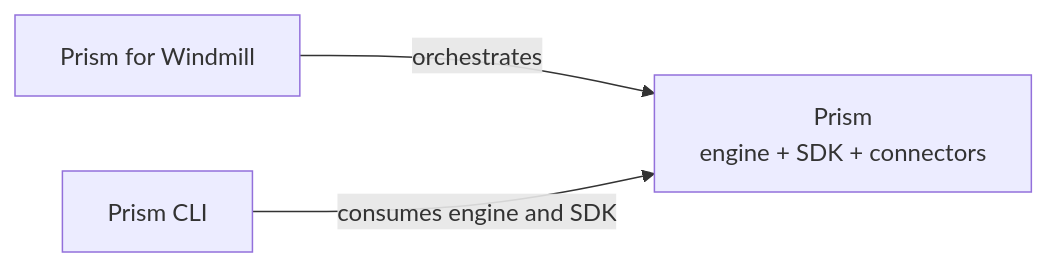
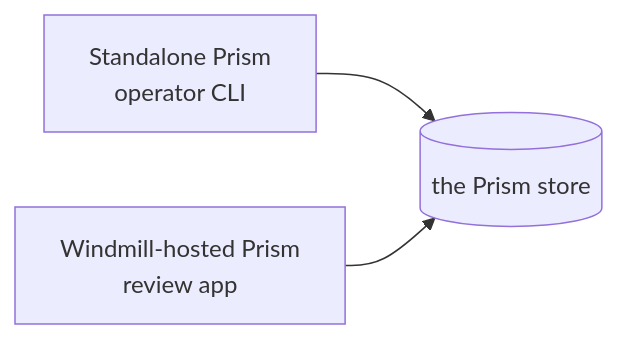
Before and after one commit to corvisrob/corvis-sightline-whitepapers: the second of 2 diagrams in docs/prism/architecture/_overview.md, drawn with Mermaid. The commit also changed other lines of this file and 26 other files, not shown here.

````diff
--- a/docs/prism/architecture/_overview.md
+++ b/docs/prism/architecture/_overview.md
@@ -35,5 +36,5 @@
 ```mermaid
 flowchart LR
-    W[Prism for Windmill] -->|orchestrates| P[Prism<br/>engine + SDK + connectors]
-    C[Prism CLI] -->|consumes engine and SDK| P
+    S["Standalone Prism<br/>operator CLI"] --> E[("the Prism store")]
+    W["Windmill-hosted Prism<br/>review app"] --> E
 ```
````
